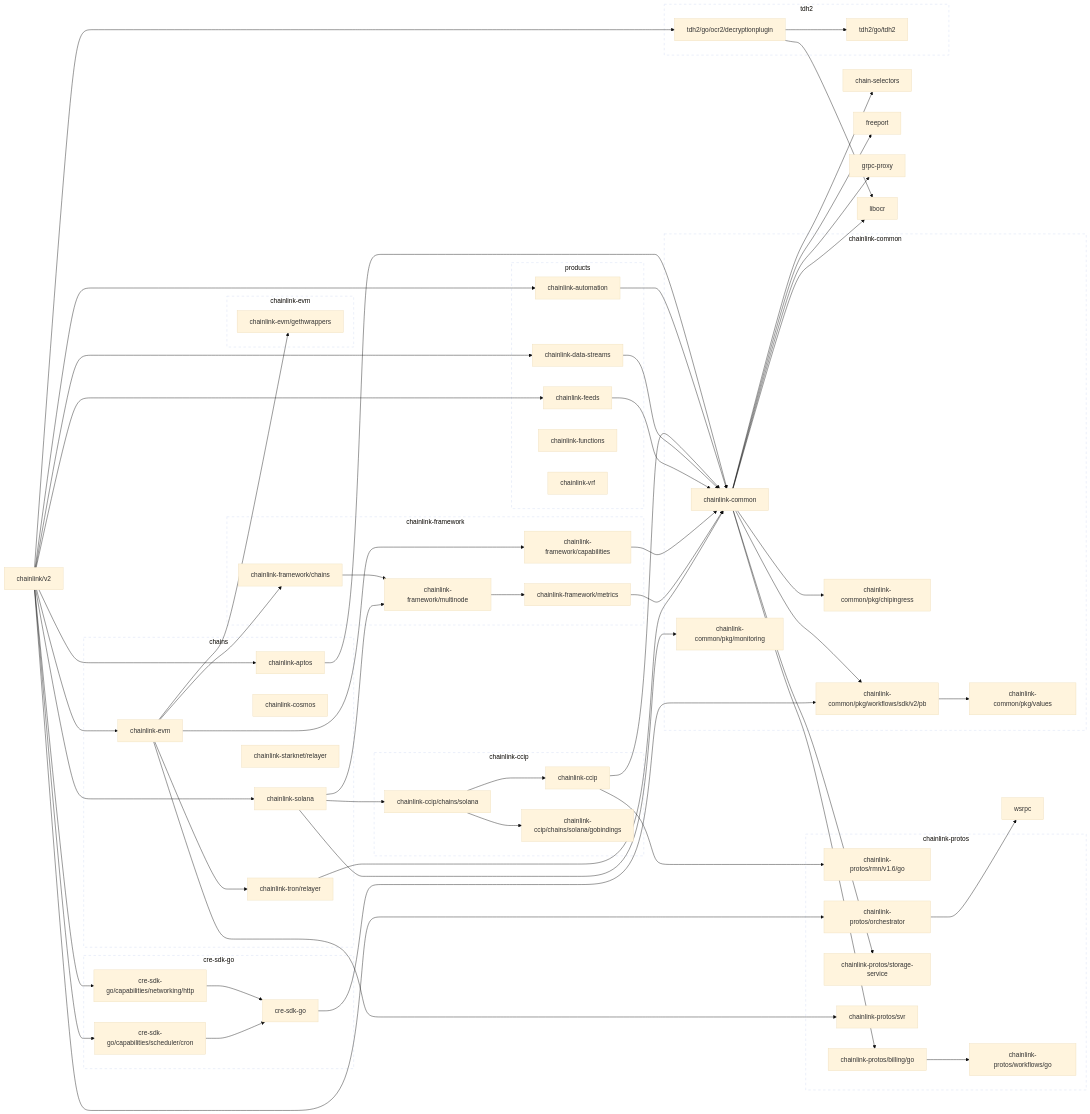
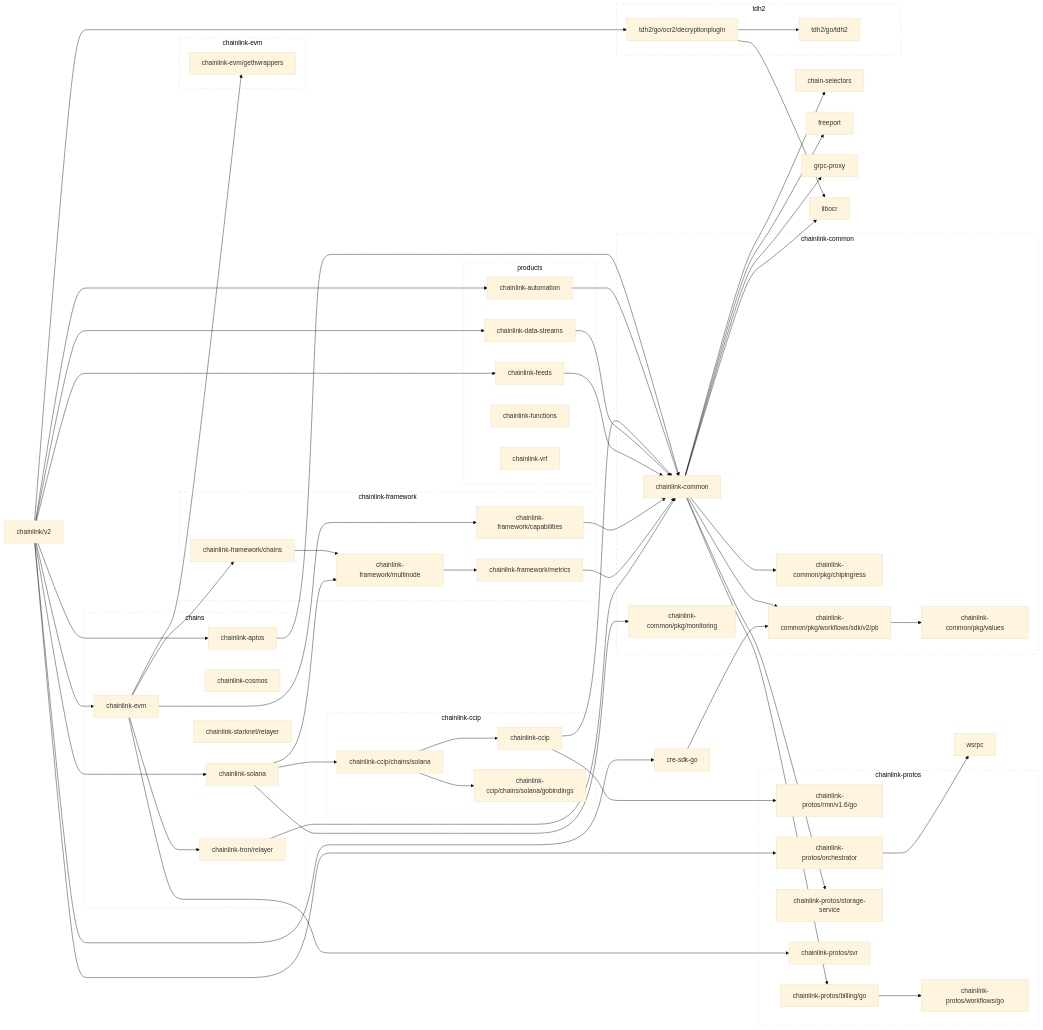
The first of 2 diagrams in go.md (smartcontractkit/chainlink), drawn with Mermaid (base theme) before and after one commit. The commit also changed other lines of this file, not shown here.

Commit message:
make gnerate

````diff
--- a/go.md
+++ b/go.md
@@ -98,16 +98,11 @@
 	chainlink/v2 --> chainlink-feeds
 	chainlink/v2 --> chainlink-protos/orchestrator
 	chainlink/v2 --> chainlink-solana
-	chainlink/v2 --> cre-sdk-go/capabilities/networking/http
-	chainlink/v2 --> cre-sdk-go/capabilities/scheduler/cron
+	chainlink/v2 --> cre-sdk-go
 	chainlink/v2 --> tdh2/go/ocr2/decryptionplugin
 	click chainlink/v2 href "https://github.com/smartcontractkit/chainlink"
 	cre-sdk-go --> chainlink-common/pkg/workflows/sdk/v2/pb
 	click cre-sdk-go href "https://github.com/smartcontractkit/cre-sdk-go"
-	cre-sdk-go/capabilities/networking/http --> cre-sdk-go
-	click cre-sdk-go/capabilities/networking/http href "https://github.com/smartcontractkit/cre-sdk-go"
-	cre-sdk-go/capabilities/scheduler/cron --> cre-sdk-go
-	click cre-sdk-go/capabilities/scheduler/cron href "https://github.com/smartcontractkit/cre-sdk-go"
 	freeport
 	click freeport href "https://github.com/smartcontractkit/freeport"
 	grpc-proxy
@@ -162,13 +157,6 @@
 	end
 	click chainlink-protos-repo href "https://github.com/smartcontractkit/chainlink-protos"
 
-	subgraph cre-sdk-go-repo[cre-sdk-go]
-		 cre-sdk-go
-		 cre-sdk-go/capabilities/networking/http
-		 cre-sdk-go/capabilities/scheduler/cron
-	end
-	click cre-sdk-go-repo href "https://github.com/smartcontractkit/cre-sdk-go"
-
 	subgraph tdh2-repo[tdh2]
 		 tdh2/go/ocr2/decryptionplugin
 		 tdh2/go/tdh2
@@ -176,5 +164,5 @@
 	click tdh2-repo href "https://github.com/smartcontractkit/tdh2"
 
 	classDef outline stroke-dasharray:6,fill:none;
-	class chainlink-ccip-repo,chainlink-common-repo,chainlink-evm-repo,chainlink-framework-repo,chainlink-protos-repo,cre-sdk-go-repo,tdh2-repo outline
+	class chainlink-ccip-repo,chainlink-common-repo,chainlink-evm-repo,chainlink-framework-repo,chainlink-protos-repo,tdh2-repo outline
 ```
````
